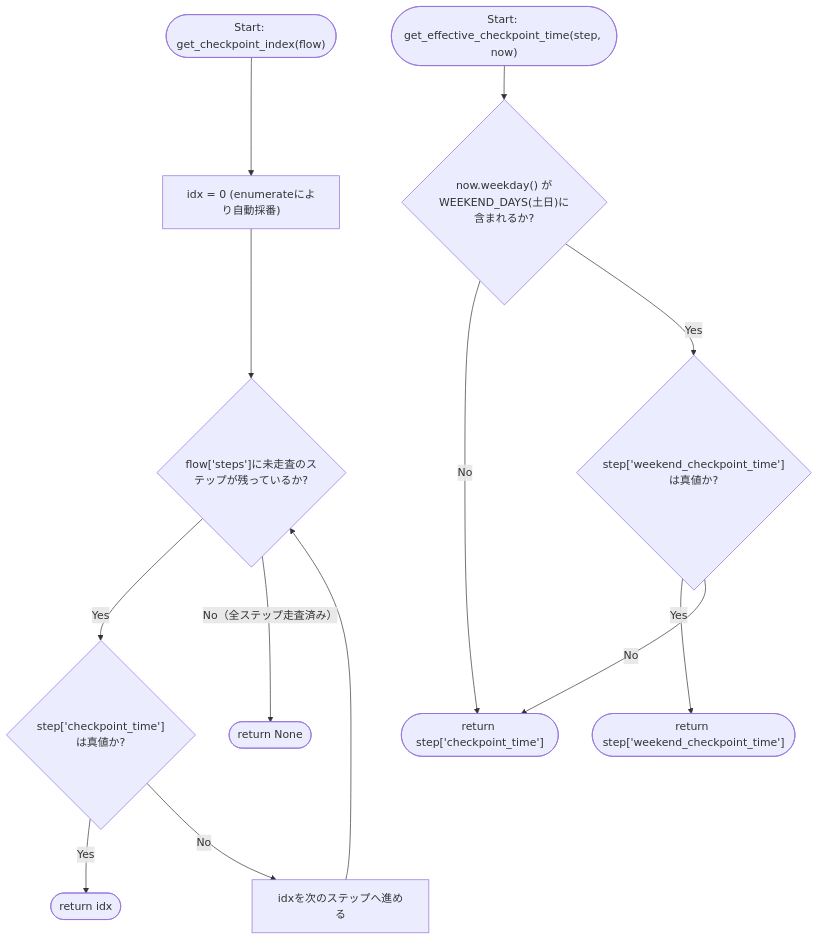
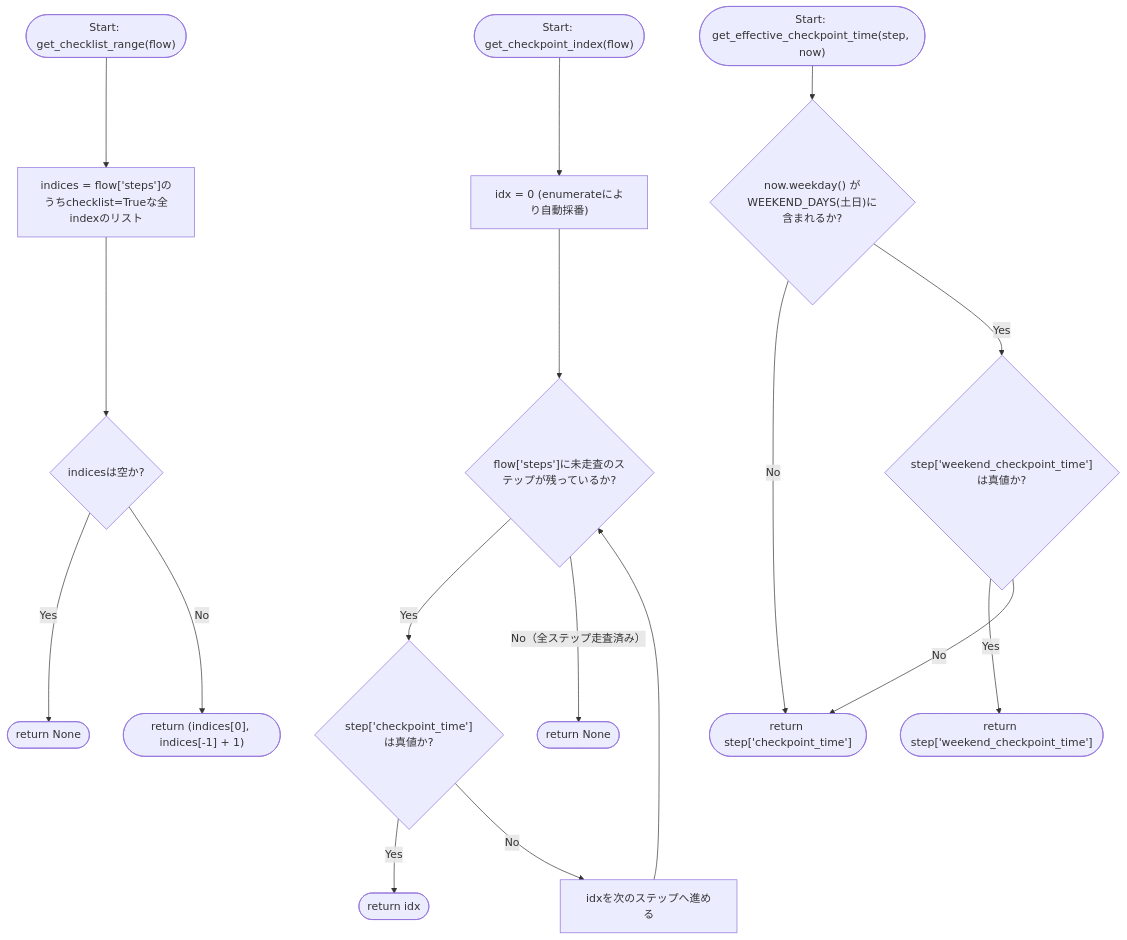
One commit to mmtigers/my_python_project changed the first of 2 diagrams in docs/specifications/MY_HOME_SYSTEM/routine_data.md. Above: the diagram before and after it, drawn with Mermaid. The commit also changed other lines of this file and 16 other files, not shown here.

````diff
--- a/docs/specifications/MY_HOME_SYSTEM/routine_data.md
+++ b/docs/specifications/MY_HOME_SYSTEM/routine_data.md
@@ -213,16 +237,21 @@
 ```mermaid
 flowchart TD
     Start(["Start: get_checkpoint_index(flow)"]) --> Init["idx = 0 (enumerateにより自動採番)"]
     Init --> LoopCheck{"flow['steps']に未走査のステップが残っているか?"}
     LoopCheck -- Yes --> CheckpointCheck{"step['checkpoint_time']は真値か?"}
     CheckpointCheck -- Yes --> ReturnIdx(["return idx"])
     CheckpointCheck -- No --> NextStep["idxを次のステップへ進める"]
     NextStep --> LoopCheck
     LoopCheck -- No（全ステップ走査済み） --> ReturnNone(["return None"])
 
+    RangeStart(["Start: get_checklist_range(flow)"]) --> CollectIndices["indices = flow['steps']のうちchecklist=Trueな全indexのリスト"]
+    CollectIndices --> IndicesEmpty{"indicesは空か?"}
+    IndicesEmpty -- Yes --> ReturnRangeNone(["return None"])
+    IndicesEmpty -- No --> ReturnRange(["return (indices[0], indices[-1] + 1)"])
+
     EffStart(["Start: get_effective_checkpoint_time(step, now)"]) --> WeekendCheck{"now.weekday() が\nWEEKEND_DAYS(土日)に含まれるか?"}
     WeekendCheck -- No --> ReturnPlain(["return step['checkpoint_time']"])
     WeekendCheck -- Yes --> OverrideCheck{"step['weekend_checkpoint_time']は真値か?"}
     OverrideCheck -- Yes --> ReturnOverride(["return step['weekend_checkpoint_time']"])
     OverrideCheck -- No --> ReturnPlain
 ```
````
